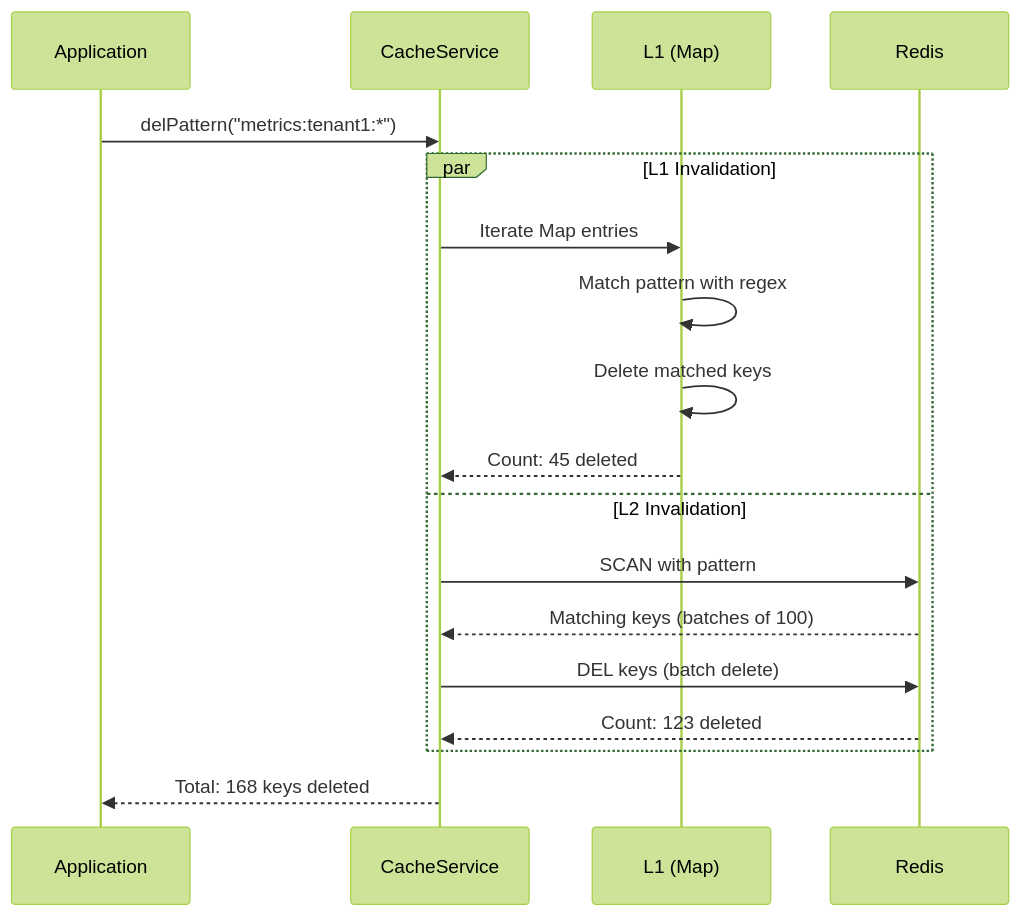
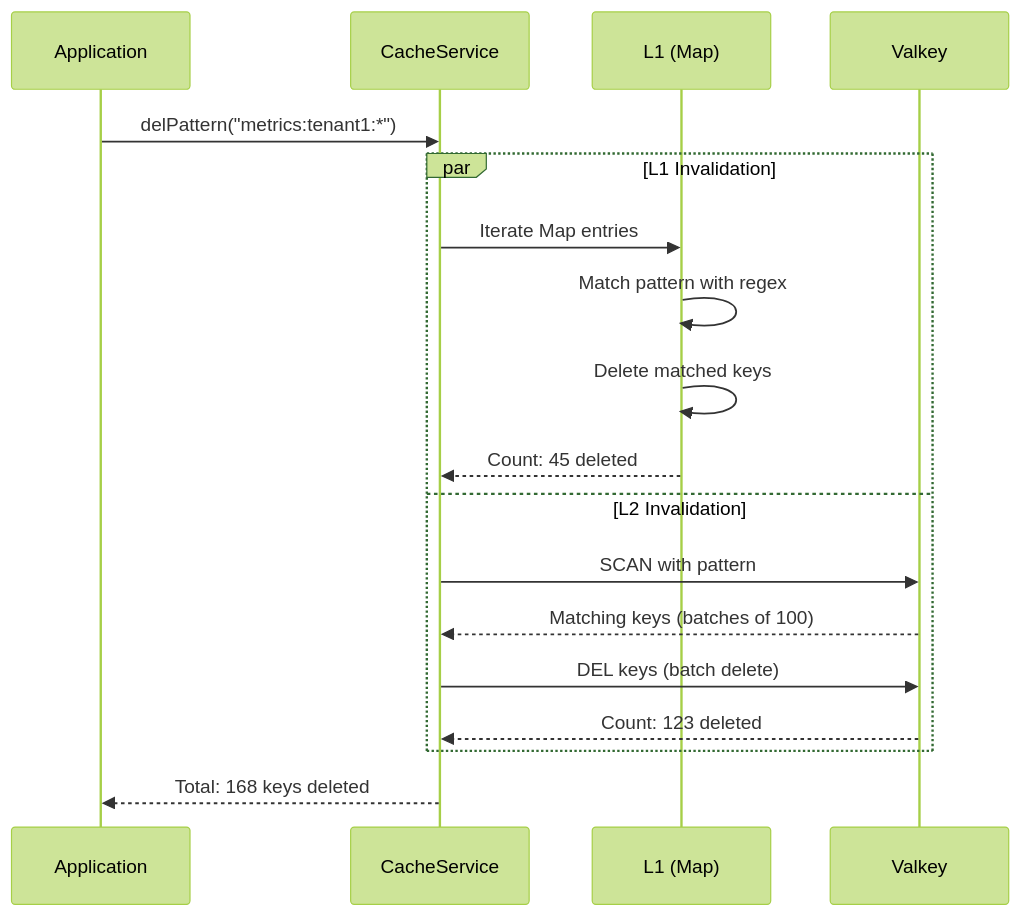
One commit to telemetryflow/telemetryflow-overview changed the fifth of 8 diagrams in backend/shared/cache.md. Above: the diagram before and after it, drawn with Mermaid (forest theme). The commit also changed other lines of this file and 23 other files, not shown here.

First line of the commit message:
docs: relabel Redis->Valkey in architecture/diagrams/prose (follow-up sweep)

````diff
--- a/backend/shared/cache.md
+++ b/backend/shared/cache.md
@@ -171,23 +171,23 @@
 ```mermaid
 sequenceDiagram
     participant App as Application
     participant Svc as CacheService
     participant L1 as L1 (Map)
-    participant L2 as Redis
+    participant L2 as Valkey
 
     App->>Svc: delPattern("metrics:tenant1:*")
 
     par L1 Invalidation
         Svc->>L1: Iterate Map entries
         L1->>L1: Match pattern with regex
         L1->>L1: Delete matched keys
         L1-->>Svc: Count: 45 deleted
     and L2 Invalidation
         Svc->>L2: SCAN with pattern
         L2-->>Svc: Matching keys (batches of 100)
         Svc->>L2: DEL keys (batch delete)
         L2-->>Svc: Count: 123 deleted
     end
 
     Svc-->>App: Total: 168 keys deleted
 ```
````
